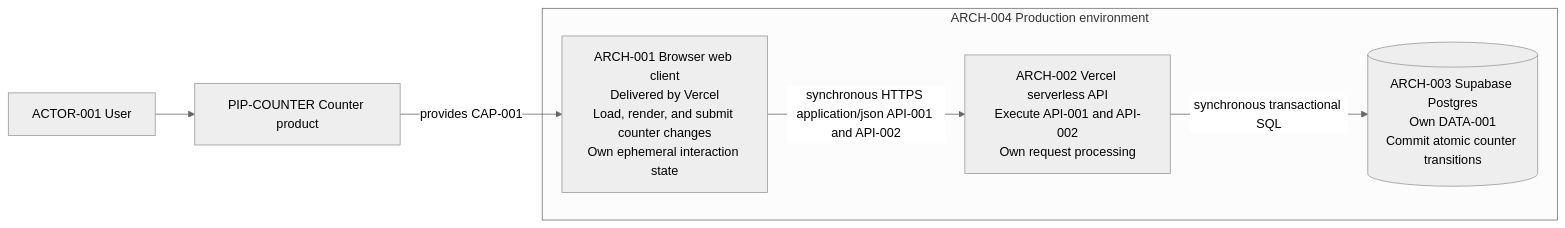
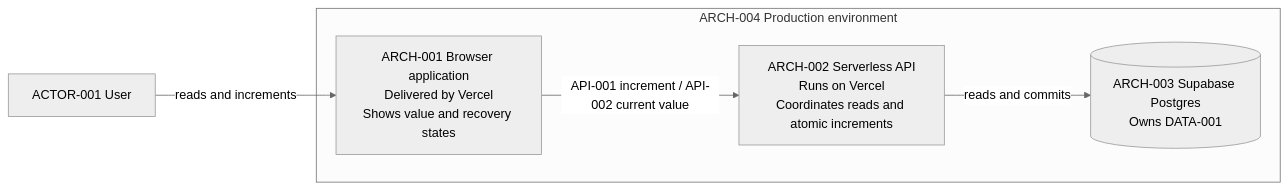
The diagram in skills/product-intent-manager/assets/example-product-intent-package/architecture/stack-context.md (swabbie-dev/product-intent-package), drawn with Mermaid (neutral theme) before and after one commit. The commit also changed other lines of this file and 101 other files, not shown here.

````diff
--- a/skills/product-intent-manager/assets/example-product-intent-package/architecture/stack-context.md
+++ b/skills/product-intent-manager/assets/example-product-intent-package/architecture/stack-context.md
@@ -7,14 +6,11 @@
 ```mermaid
 flowchart LR
-  ACTOR_001["ACTOR-001 User"] --> PIP_COUNTER["PIP-COUNTER Counter product"]
-
+  ACTOR_001["ACTOR-001 User"] -->|reads and increments| ARCH_001
   subgraph ARCH_004["ARCH-004 Production environment"]
-    ARCH_001["ARCH-001 Browser web client<br/>Delivered by Vercel<br/>Load, render, and submit counter changes<br/>Own ephemeral interaction state"]
-    ARCH_002["ARCH-002 Vercel serverless API<br/>Execute API-001 and API-002<br/>Own request processing"]
-    ARCH_003[("ARCH-003 Supabase Postgres<br/>Own DATA-001<br/>Commit atomic counter transitions")]
+    ARCH_001["ARCH-001 Browser application<br/>Delivered by Vercel<br/>Shows value and recovery states"]
+    ARCH_002["ARCH-002 Serverless API<br/>Runs on Vercel<br/>Coordinates reads and atomic increments"]
+    ARCH_003[("ARCH-003 Supabase Postgres<br/>Owns DATA-001")]
+    ARCH_001 -->|API-001 increment / API-002 current value| ARCH_002
+    ARCH_002 -->|reads and commits| ARCH_003
   end
-
-  PIP_COUNTER -->|provides CAP-001| ARCH_001
-  ARCH_001 -->|synchronous HTTPS application/json API-001 and API-002| ARCH_002
-  ARCH_002 -->|synchronous transactional SQL| ARCH_003
 ```
````
